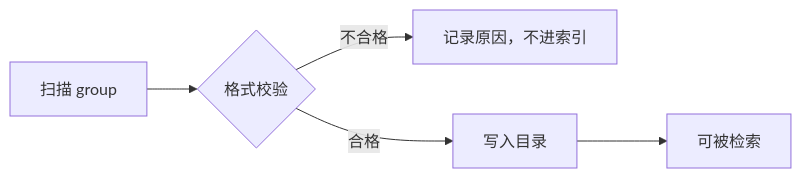
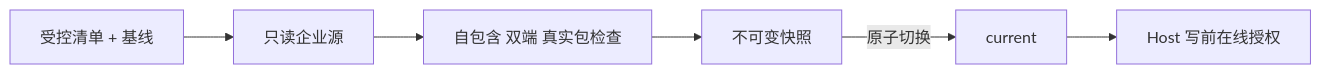
One commit to hrygo/heluo-forge changed the diagram in docs/design/services/market-index.md. Above: the diagram before and after it, drawn with Mermaid. The commit also changed other lines of this file and 25 other files, not shown here.

````diff
--- a/docs/design/services/market-index.md
+++ b/docs/design/services/market-index.md
@@ -212,7 +37,8 @@
 ```mermaid
 flowchart LR
-  A[扫描 group] --> B{格式校验}
-  B -->|不合格| C[记录原因，不进索引]
-  B -->|合格| D[写入目录]
-  D --> E[可被检索]
+  A[受控清单 + 基线] --> B[只读企业源]
+  B --> C[自包含 双端 真实包检查]
+  C --> D[不可变快照]
+  D -->|原子切换| E[current]
+  E --> F[Host 写前在线授权]
 ```
````
